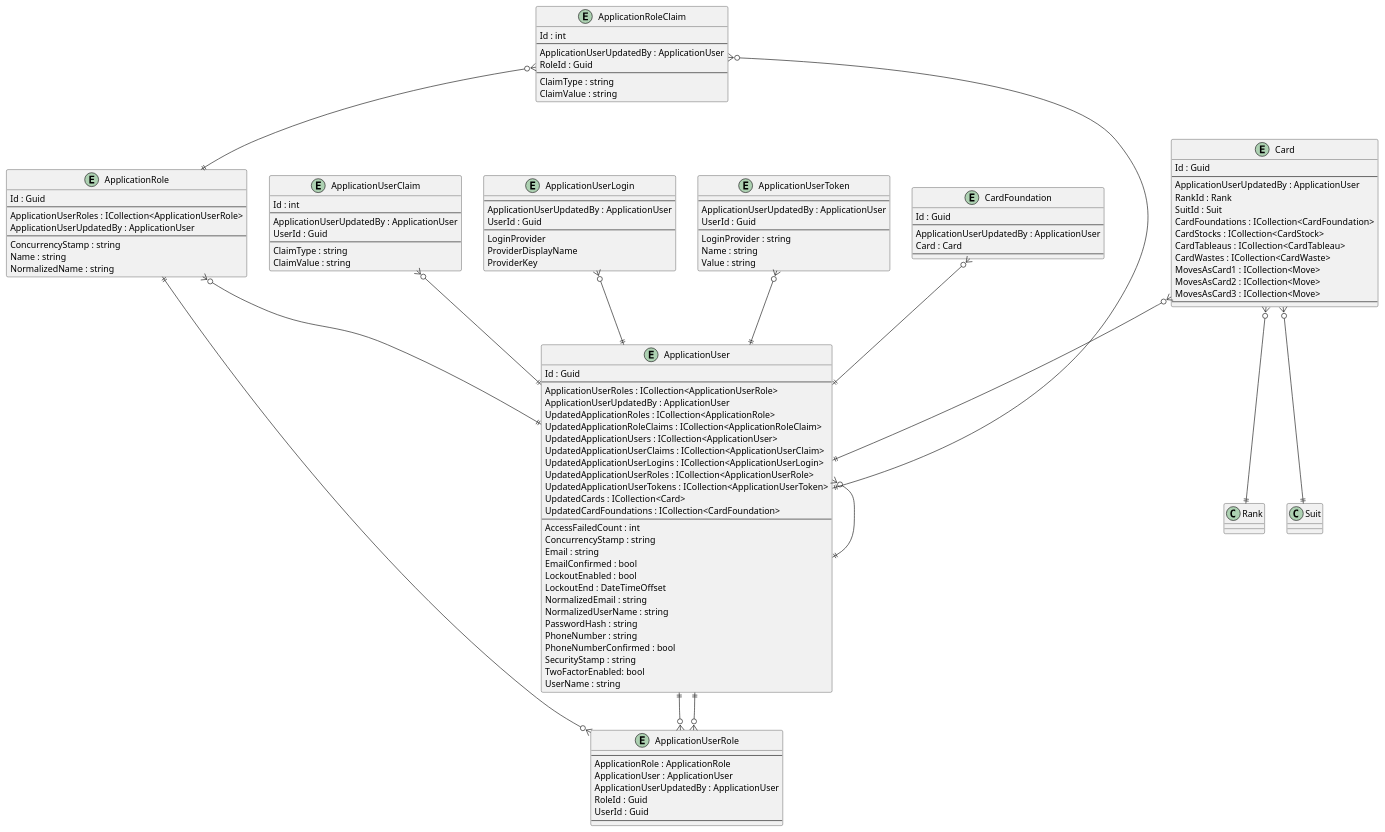
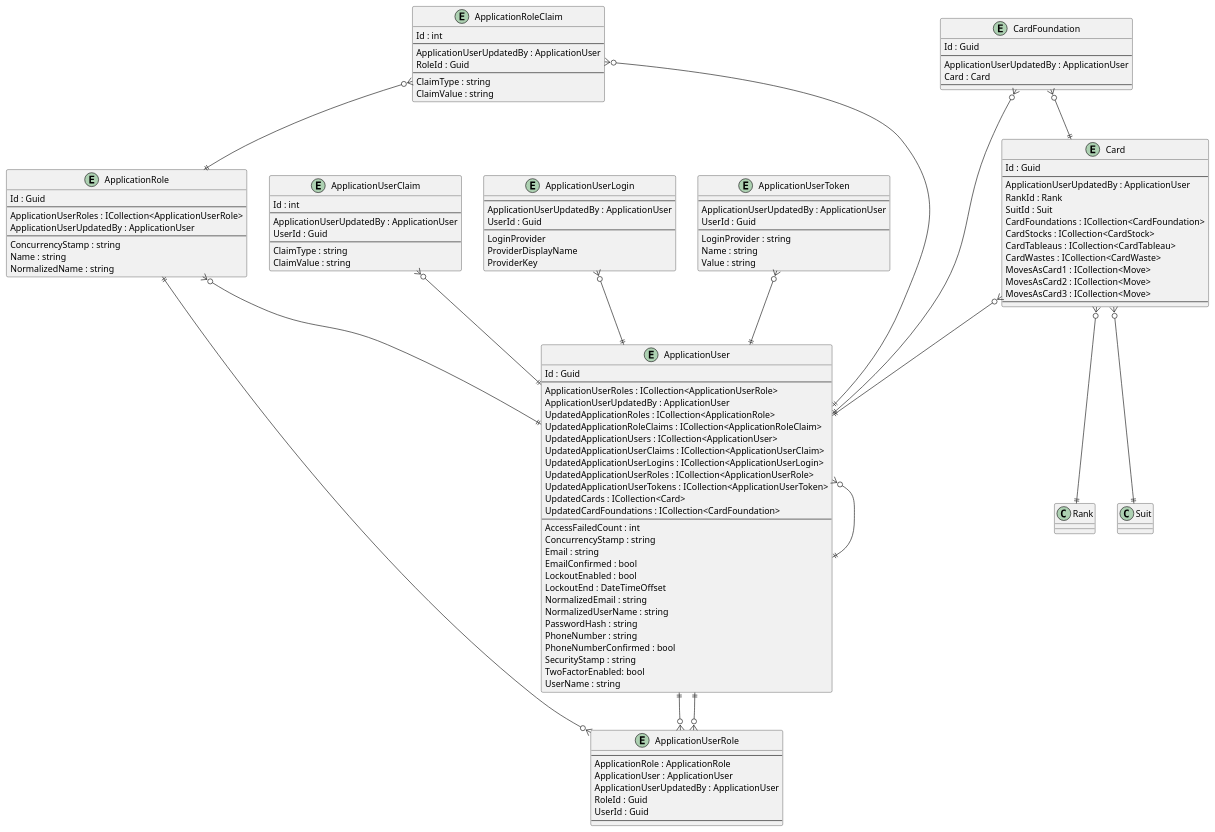
One commit to intrepion/intrepion_klondike-solitaire_csharp changed the diagram in .docs/Intrepion.KlondikeSolitaire.pu. Above: the diagram before and after it, drawn with PlantUML.

```diff
--- a/.docs/Intrepion.KlondikeSolitaire.pu
+++ b/.docs/Intrepion.KlondikeSolitaire.pu
@@ -1,143 +1,144 @@
 @startuml
 
 entity ApplicationRole {
     Id : Guid
     --
     ApplicationUserRoles : ICollection<ApplicationUserRole>
     ApplicationUserUpdatedBy : ApplicationUser
     --
     ConcurrencyStamp : string
     Name : string
     NormalizedName : string
 }
 
 entity ApplicationRoleClaim {
     Id : int
     --
     ApplicationUserUpdatedBy : ApplicationUser
     RoleId : Guid
     --
     ClaimType : string
     ClaimValue : string
 }
 
 entity ApplicationUser {
     Id : Guid
     --
     ApplicationUserRoles : ICollection<ApplicationUserRole>
     ApplicationUserUpdatedBy : ApplicationUser
     UpdatedApplicationRoles : ICollection<ApplicationRole>
     UpdatedApplicationRoleClaims : ICollection<ApplicationRoleClaim>
     UpdatedApplicationUsers : ICollection<ApplicationUser>
     UpdatedApplicationUserClaims : ICollection<ApplicationUserClaim>
     UpdatedApplicationUserLogins : ICollection<ApplicationUserLogin>
     UpdatedApplicationUserRoles : ICollection<ApplicationUserRole>
     UpdatedApplicationUserTokens : ICollection<ApplicationUserToken>
     UpdatedCards : ICollection<Card>
     UpdatedCardFoundations : ICollection<CardFoundation>
     ' ApplicationUserKeyCodePlaceholder
     --
     AccessFailedCount : int
     ConcurrencyStamp : string
     Email : string
     EmailConfirmed : bool
     LockoutEnabled : bool
     LockoutEnd : DateTimeOffset
     NormalizedEmail : string
     NormalizedUserName : string
     PasswordHash : string
     PhoneNumber : string
     PhoneNumberConfirmed : bool
     SecurityStamp : string
     TwoFactorEnabled: bool
     UserName : string
 }
 
 entity ApplicationUserClaim {
     Id : int
     --
     ApplicationUserUpdatedBy : ApplicationUser
     UserId : Guid
     --
     ClaimType : string
     ClaimValue : string
 }
 
 entity ApplicationUserLogin {
     --
     ApplicationUserUpdatedBy : ApplicationUser
     UserId : Guid
     --
     LoginProvider
     ProviderDisplayName
     ProviderKey
 }
 
 entity ApplicationUserRole {
     --
     ApplicationRole : ApplicationRole
     ApplicationUser : ApplicationUser
     ApplicationUserUpdatedBy : ApplicationUser
     RoleId : Guid
     UserId : Guid
     --
 }
 
 entity ApplicationUserToken {
     --
     ApplicationUserUpdatedBy : ApplicationUser
     UserId : Guid
     --
     LoginProvider : string
     Name : string
     Value : string
 }
 
 entity Card {
     Id : Guid
     --
     ApplicationUserUpdatedBy : ApplicationUser
     RankId : Rank
     SuitId : Suit
     CardFoundations : ICollection<CardFoundation>
     CardStocks : ICollection<CardStock>
     CardTableaus : ICollection<CardTableau>
     CardWastes : ICollection<CardWaste>
     MovesAsCard1 : ICollection<Move>
     MovesAsCard2 : ICollection<Move>
     MovesAsCard3 : ICollection<Move>
     ' CardKeyCodePlaceholder
     --
     ' CardPropertyCodePlaceholder
 }
 
 entity CardFoundation {
     Id : Guid
     --
     ApplicationUserUpdatedBy : ApplicationUser
     Card : Card
     ' CardFoundationKeyCodePlaceholder
     --
     ' CardFoundationPropertyCodePlaceholder
 }
 
 ' EntityCodePlaceholder
 
 ApplicationRole ||--o{ ApplicationUserRole
 ApplicationRole }o--|| ApplicationUser
 ApplicationRoleClaim }o--|| ApplicationRole
 ApplicationRoleClaim }o--|| ApplicationUser
 ApplicationUser }o--|| ApplicationUser
 ApplicationUser ||--o{ ApplicationUserRole
 ApplicationUserClaim }o--|| ApplicationUser
 ApplicationUserLogin }o--|| ApplicationUser
 ApplicationUserRole }o--|| ApplicationUser
 ApplicationUserToken }o--|| ApplicationUser
 
 Card }o--|| ApplicationUser
 Card }o--|| Rank
 Card }o--|| Suit
 CardFoundation }o--|| ApplicationUser
+CardFoundation }o--|| Card
 ' RelationshipCodePlaceholder
 
 @enduml
```
